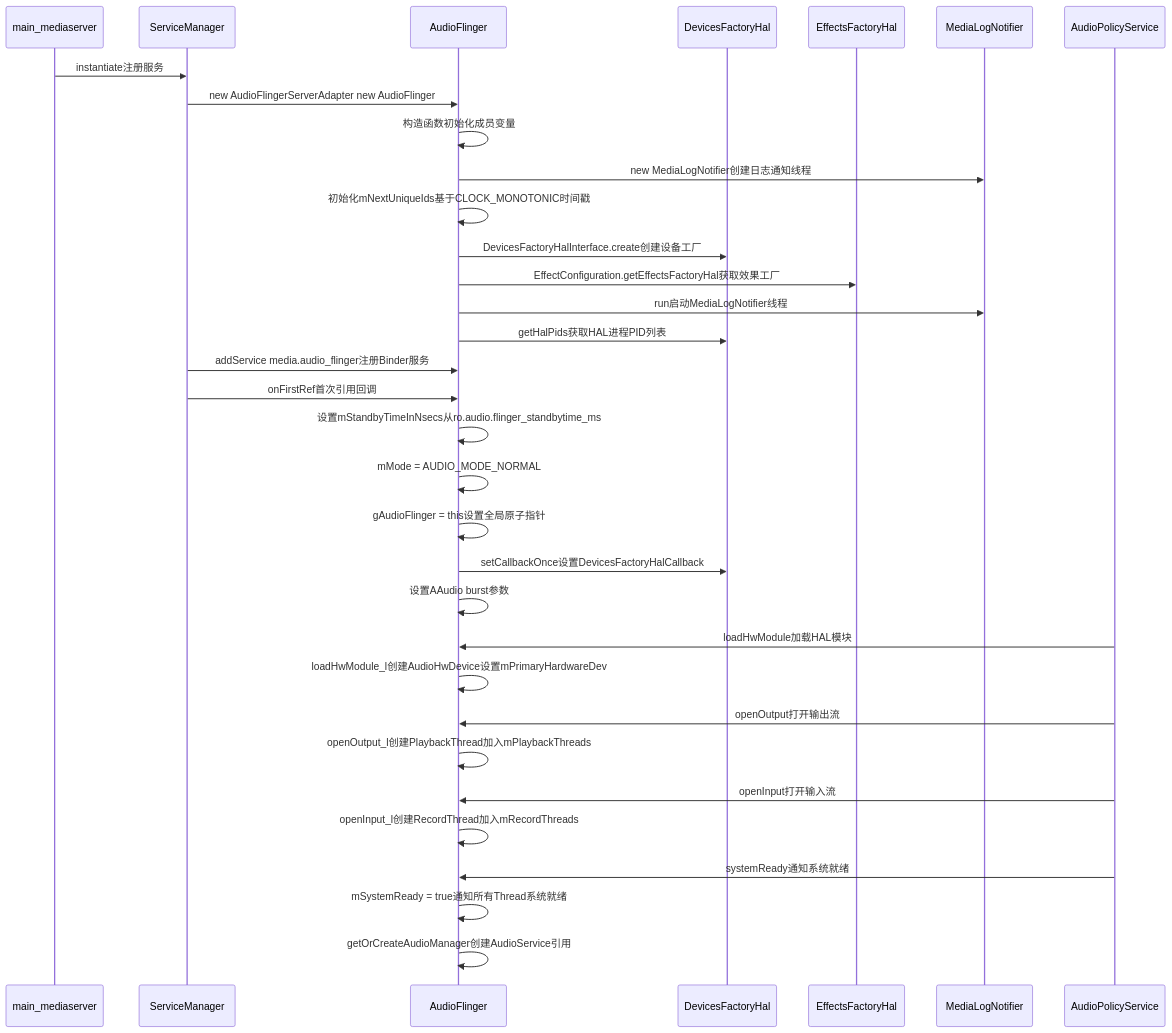
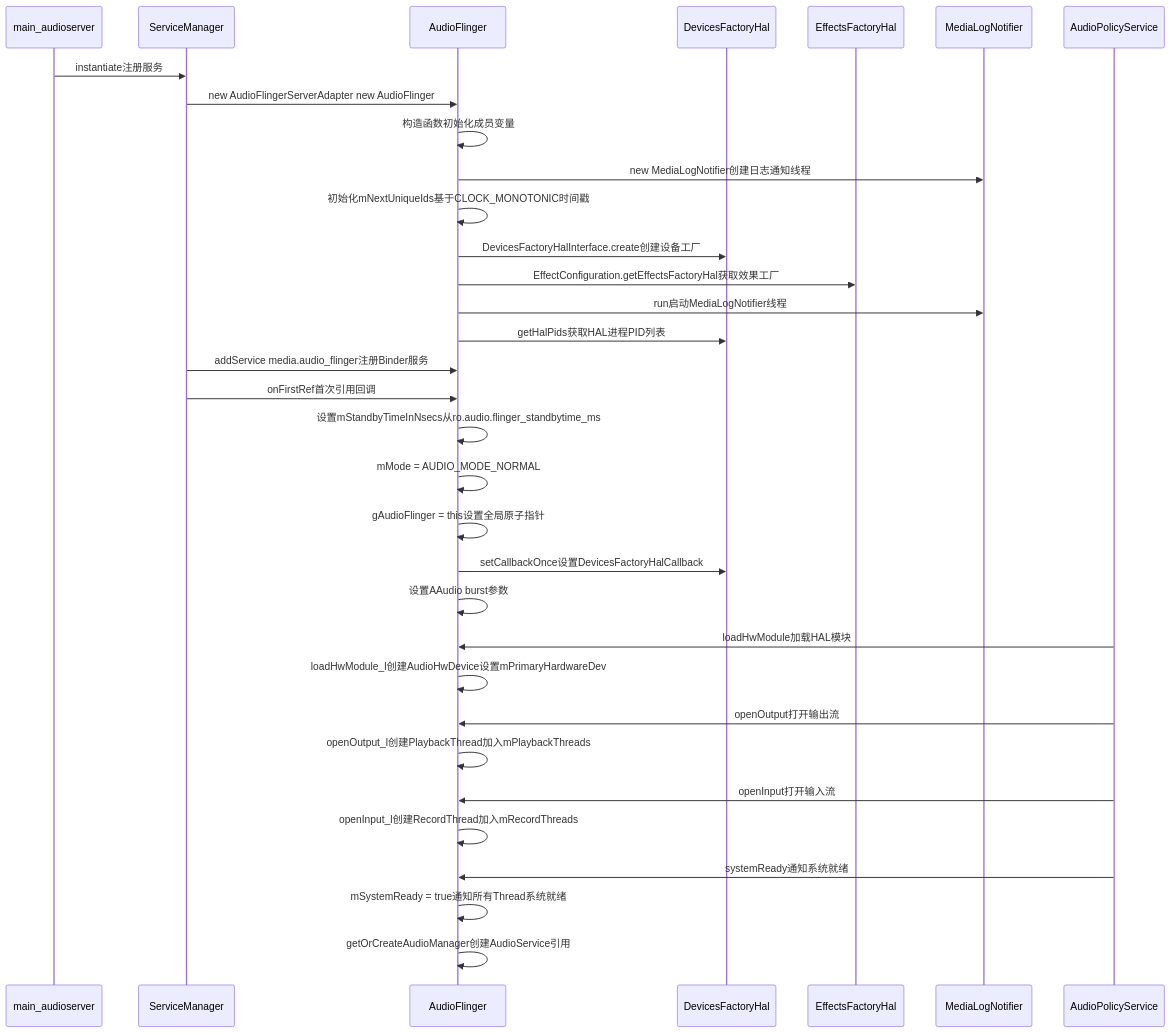
One commit to yanglinzhen1022/SA8295_AAOS_QNX_Audio_KnowledgeBase changed the second of 11 diagrams in 05_AudioFlinger/05_5.1_AudioFlinger-音频数据面引擎.md. Above: the diagram before and after it, drawn with Mermaid. The commit also changed other lines of this file and 154 other files, not shown here.

````diff
--- a/05_AudioFlinger/05_5.1_AudioFlinger-音频数据面引擎.md
+++ b/05_AudioFlinger/05_5.1_AudioFlinger-音频数据面引擎.md
@@ -178,36 +178,36 @@
 ```mermaid
 sequenceDiagram
-    participant MS as main_mediaserver
+    participant MS as main_audioserver
     participant SM as ServiceManager
     participant AF as AudioFlinger
     participant DFH as DevicesFactoryHal
     participant EFH as EffectsFactoryHal
     participant MLN as MediaLogNotifier
     participant APS as AudioPolicyService
 
     MS->>SM: instantiate注册服务
     SM->>AF: new AudioFlingerServerAdapter new AudioFlinger
     AF->>AF: 构造函数初始化成员变量
     AF->>MLN: new MediaLogNotifier创建日志通知线程
     AF->>AF: 初始化mNextUniqueIds基于CLOCK_MONOTONIC时间戳
     AF->>DFH: DevicesFactoryHalInterface.create创建设备工厂
     AF->>EFH: EffectConfiguration.getEffectsFactoryHal获取效果工厂
     AF->>MLN: run启动MediaLogNotifier线程
     AF->>DFH: getHalPids获取HAL进程PID列表
     SM->>AF: addService media.audio_flinger注册Binder服务
     SM->>AF: onFirstRef首次引用回调
     AF->>AF: 设置mStandbyTimeInNsecs从ro.audio.flinger_standbytime_ms
     AF->>AF: mMode = AUDIO_MODE_NORMAL
     AF->>AF: gAudioFlinger = this设置全局原子指针
     AF->>DFH: setCallbackOnce设置DevicesFactoryHalCallback
     AF->>AF: 设置AAudio burst参数
     APS->>AF: loadHwModule加载HAL模块
     AF->>AF: loadHwModule_l创建AudioHwDevice设置mPrimaryHardwareDev
     APS->>AF: openOutput打开输出流
     AF->>AF: openOutput_l创建PlaybackThread加入mPlaybackThreads
     APS->>AF: openInput打开输入流
     AF->>AF: openInput_l创建RecordThread加入mRecordThreads
     APS->>AF: systemReady通知系统就绪
     AF->>AF: mSystemReady = true通知所有Thread系统就绪
     AF->>AF: getOrCreateAudioManager创建AudioService引用
 ```
````
